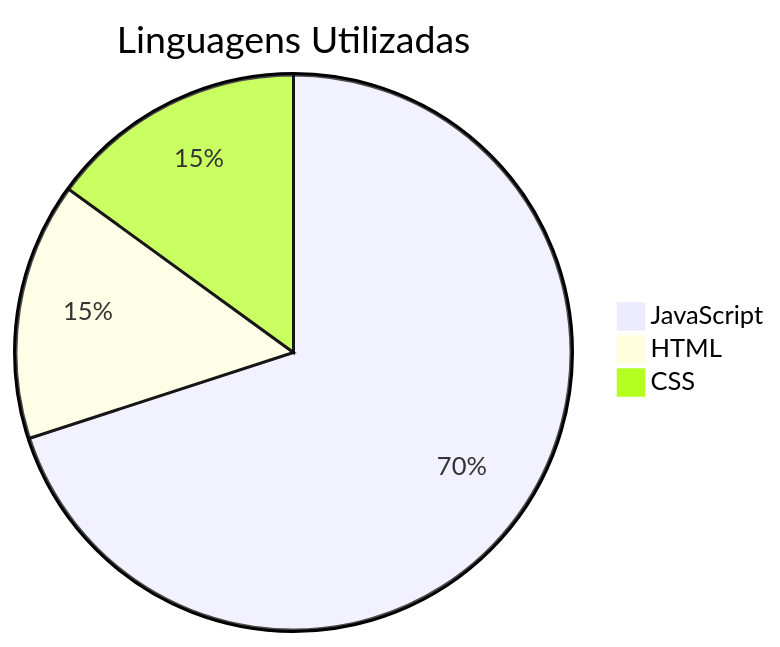
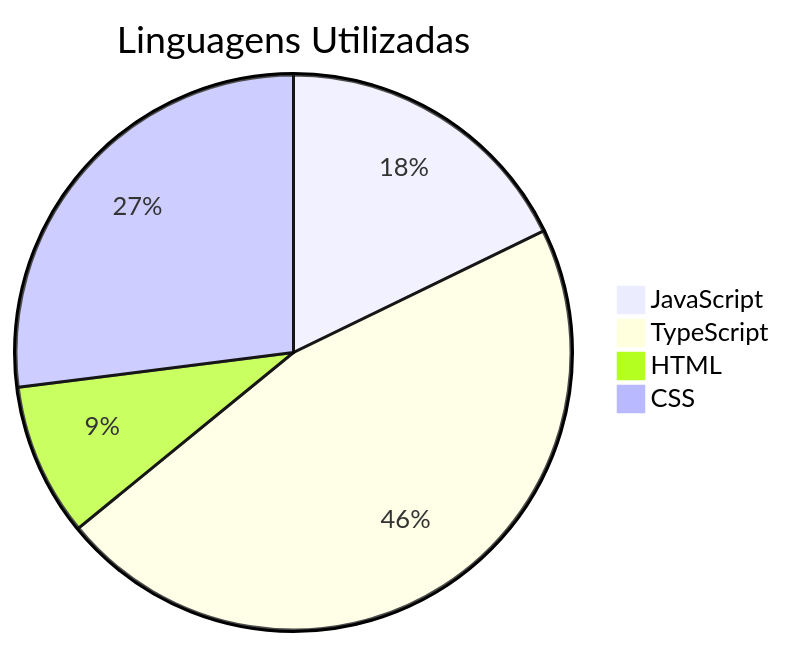
One commit to mtrodrigo/descubraSuaIdade changed the diagram in README.md. Above: the diagram before and after it, drawn with Mermaid.

Commit message:
Atualização: arquivo README.md

````diff
--- a/README.md
+++ b/README.md
@@ -29,7 +29,8 @@
 ```mermaid
 pie
    title Linguagens Utilizadas
-   "JavaScript": 70
-   "HTML": 15
-   "CSS": 15
+   "JavaScript": 17.8
+   "TypeScript": 46.3
+   "HTML": 8.9
+   "CSS": 27
 ```
````
